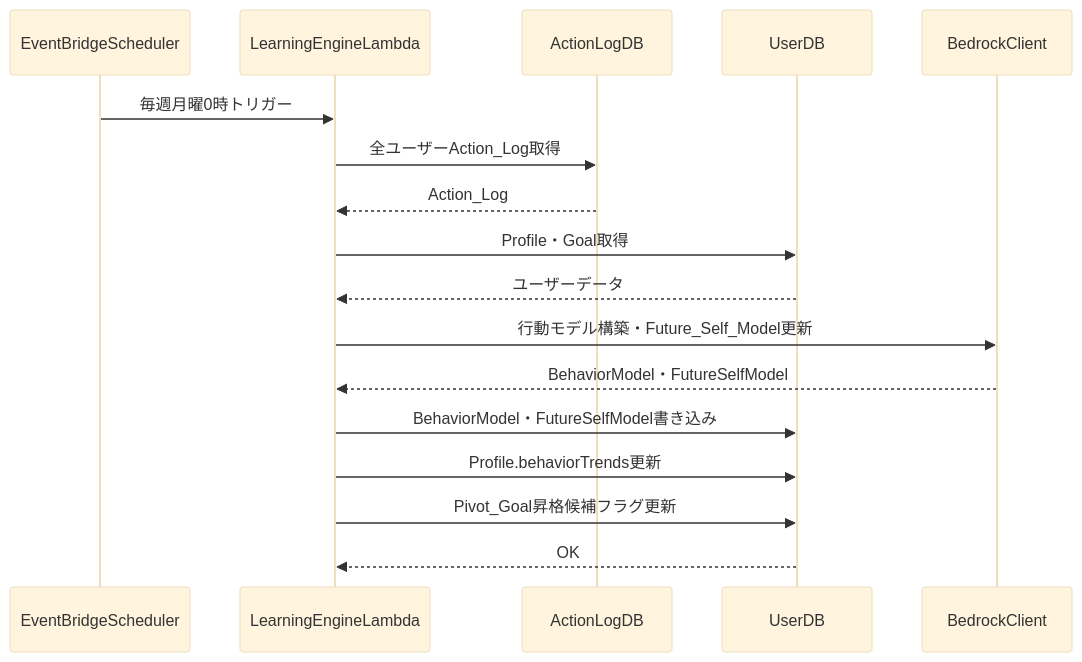
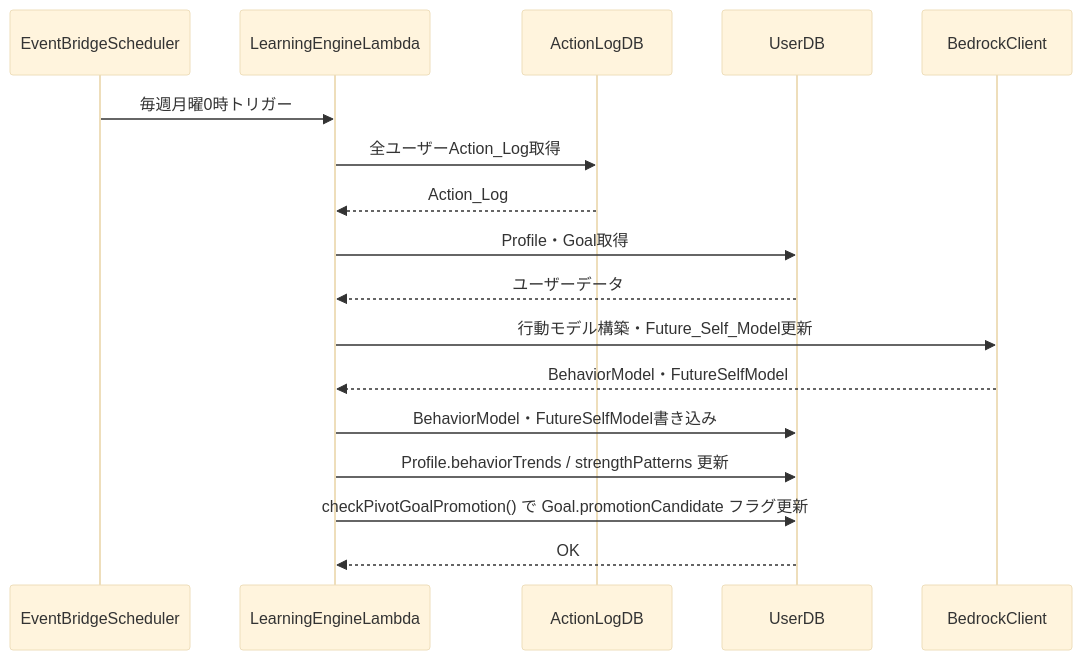
The sixth of 10 diagrams in aidlc-docs/inception/application-design/component-dependency.md (aws-dlc-hackathon-team-a/team-a), drawn with Mermaid (base theme) before and after one commit. The commit also changed other lines of this file and 10 other files, not shown here.

````diff
--- a/aidlc-docs/inception/application-design/component-dependency.md
+++ b/aidlc-docs/inception/application-design/component-dependency.md
@@ -212,20 +233,20 @@
 ```mermaid
 sequenceDiagram
     participant EventBridge as EventBridgeScheduler
     participant LearningEngineLambda
     participant ActionLogDB
     participant UserDB
     participant Bedrock as BedrockClient
 
     EventBridge->>LearningEngineLambda: 毎週月曜0時トリガー
     LearningEngineLambda->>ActionLogDB: 全ユーザーAction_Log取得
     ActionLogDB-->>LearningEngineLambda: Action_Log
     LearningEngineLambda->>UserDB: Profile・Goal取得
     UserDB-->>LearningEngineLambda: ユーザーデータ
     LearningEngineLambda->>Bedrock: 行動モデル構築・Future_Self_Model更新
     Bedrock-->>LearningEngineLambda: BehaviorModel・FutureSelfModel
     LearningEngineLambda->>UserDB: BehaviorModel・FutureSelfModel書き込み
-    LearningEngineLambda->>UserDB: Profile.behaviorTrends更新
-    LearningEngineLambda->>UserDB: Pivot_Goal昇格候補フラグ更新
+    LearningEngineLambda->>UserDB: Profile.behaviorTrends / strengthPatterns 更新
+    LearningEngineLambda->>UserDB: checkPivotGoalPromotion() で Goal.promotionCandidate フラグ更新
     UserDB-->>LearningEngineLambda: OK
 ```
````
